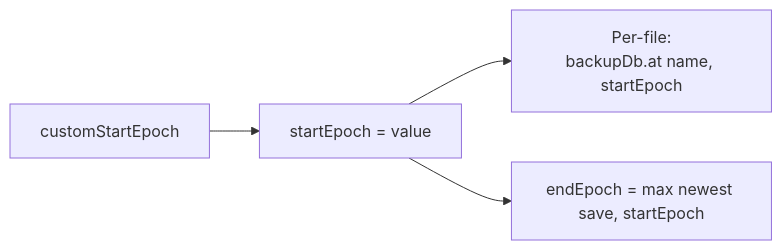
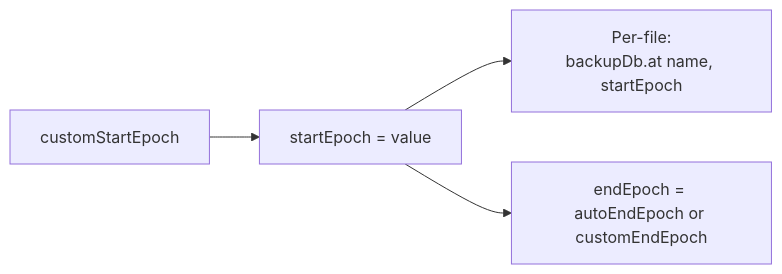
Before and after one commit to kaimeyerdev/d2rsave: the second of 5 diagrams in docs/session-logic.md, drawn with Mermaid. The commit also changed other lines of this file, not shown here.

````diff
--- a/docs/session-logic.md
+++ b/docs/session-logic.md
@@ -116,6 +145,6 @@
 ```mermaid
 flowchart LR
     A[customStartEpoch] --> B[startEpoch = value]
     B --> C[Per-file:<br/>backupDb.at name, startEpoch]
-    B --> D[endEpoch = max newest save, startEpoch]
+    B --> D[endEpoch = autoEndEpoch or customEndEpoch]
 ```
````
